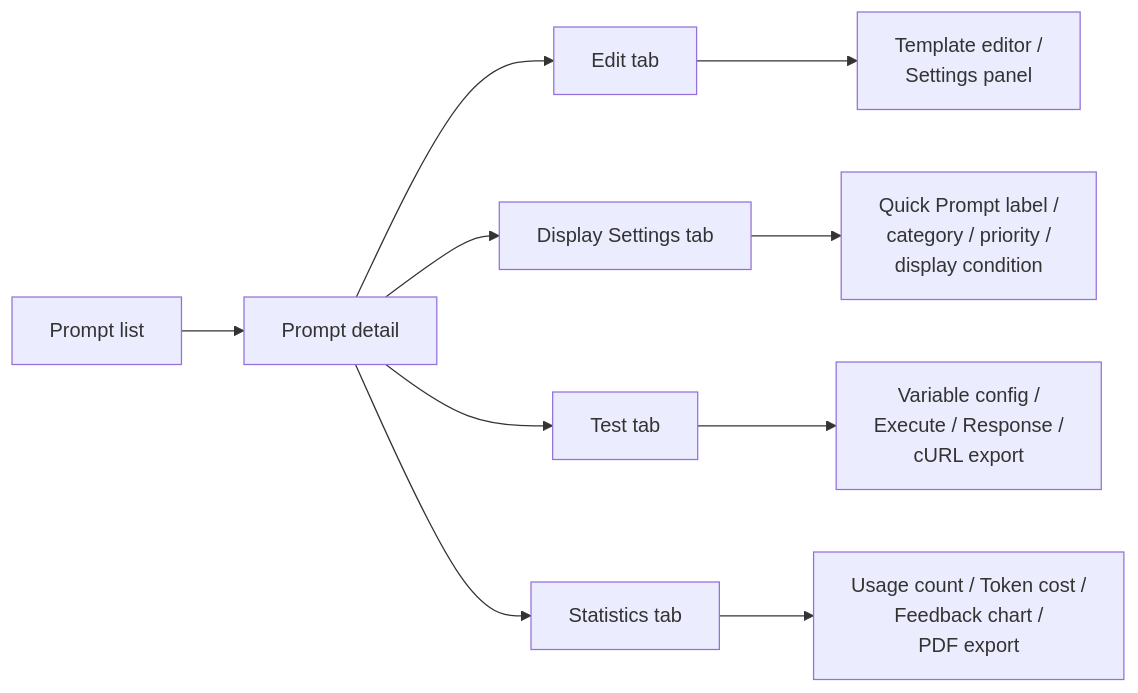
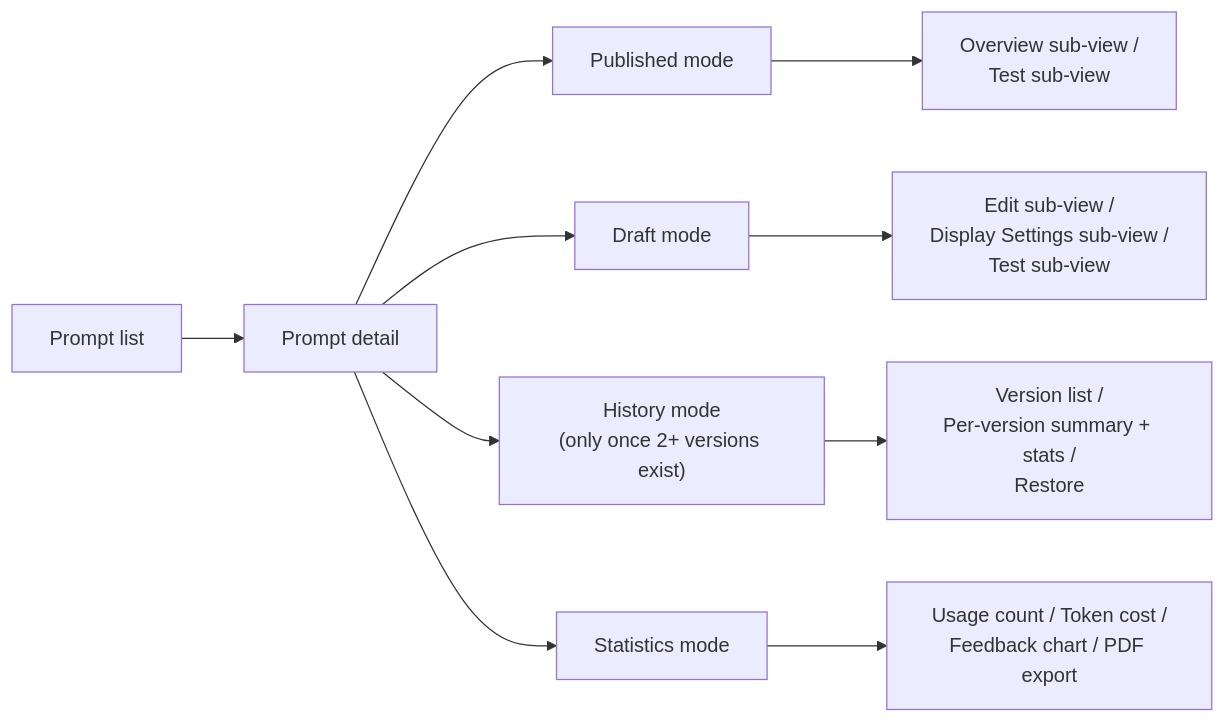
One commit to Uxopian/uxodocs changed the diagram in docs/uxopian-ai/admin/managing_prompts.md. Above: the diagram before and after it, drawn with Mermaid. The commit also changed other lines of this file, not shown here.

First line of the commit message:
UXOAI-288 docs(uxopian-ai): rewrite managing_prompts.md for prompt versioning (ft5)

````diff
--- a/docs/uxopian-ai/admin/managing_prompts.md
+++ b/docs/uxopian-ai/admin/managing_prompts.md
@@ -42,12 +44,12 @@
 ```mermaid
 graph LR
     A[Prompt list] --> B[Prompt detail]
-    B --> C[Edit tab]
-    B --> F[Display Settings tab]
-    B --> D[Test tab]
-    B --> E[Statistics tab]
-    C --> C1[Template editor /<br/>Settings panel]
-    F --> F1[Quick Prompt label /<br/>category / priority /<br/>display condition]
-    D --> D1[Variable config /<br/>Execute / Response /<br/>cURL export]
-    E --> E1[Usage count / Token cost /<br/>Feedback chart /<br/>PDF export]
+    B --> P[Published mode]
+    B --> D[Draft mode]
+    B --> H["History mode<br/>(only once 2+ versions exist)"]
+    B --> S[Statistics mode]
+    P --> P1[Overview sub-view /<br/>Test sub-view]
+    D --> D1[Edit sub-view /<br/>Display Settings sub-view /<br/>Test sub-view]
+    H --> H1[Version list /<br/>Per-version summary + stats /<br/>Restore]
+    S --> S1[Usage count / Token cost /<br/>Feedback chart / PDF export]
 ```
````
